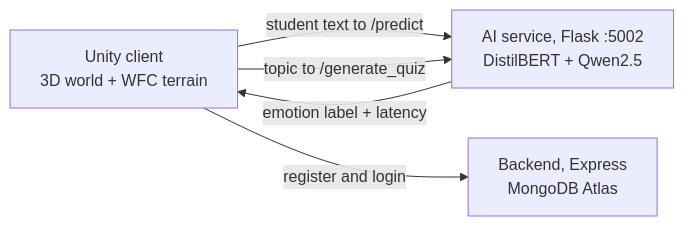
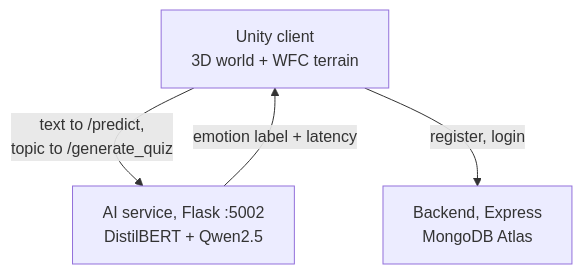
Before and after one commit to Exalt24/MAGSEL: the diagram in README.md, drawn with Mermaid. The commit also changed other lines of this file, not shown here.

Commit message:
Draw the MAGSEL architecture top down since the left to right layout was unreadable on a phone, and drop a claim about the Unity side I did not check

````diff
--- a/README.md
+++ b/README.md
@@ -23,10 +23,9 @@
 ```mermaid
-flowchart LR
+flowchart TD
     U["Unity client<br/>3D world + WFC terrain"]
     A["AI service, Flask :5002<br/>DistilBERT + Qwen2.5"]
     B["Backend, Express<br/>MongoDB Atlas"]
-    U -- "student text to /predict" --> A
+    U -- "text to /predict,<br/>topic to /generate_quiz" --> A
     A -- "emotion label + latency" --> U
-    U -- "topic to /generate_quiz" --> A
-    U -- "register and login" --> B
+    U -- "register, login" --> B
 ```
````
